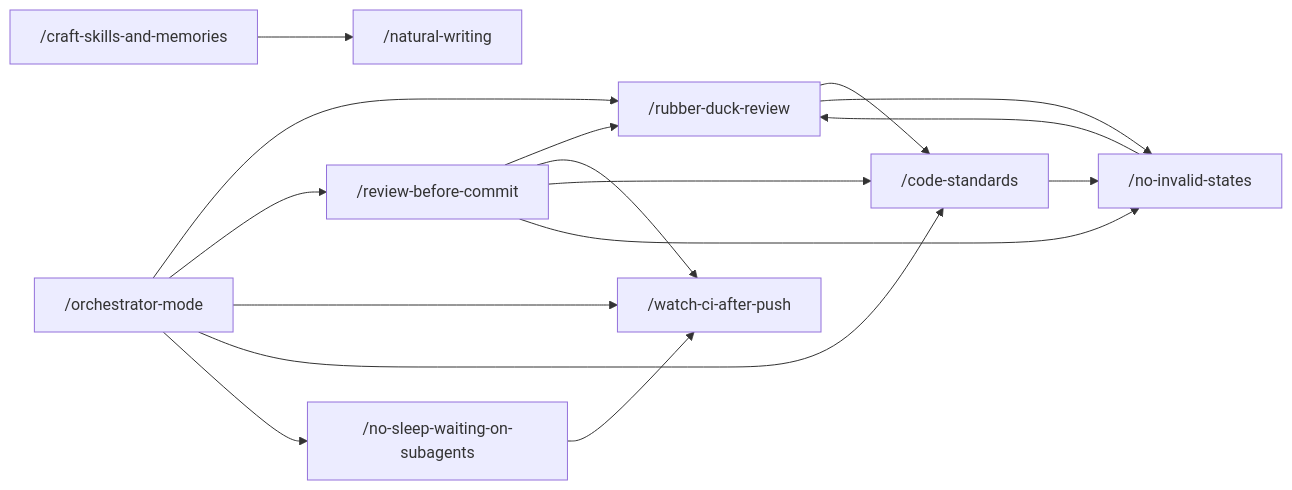
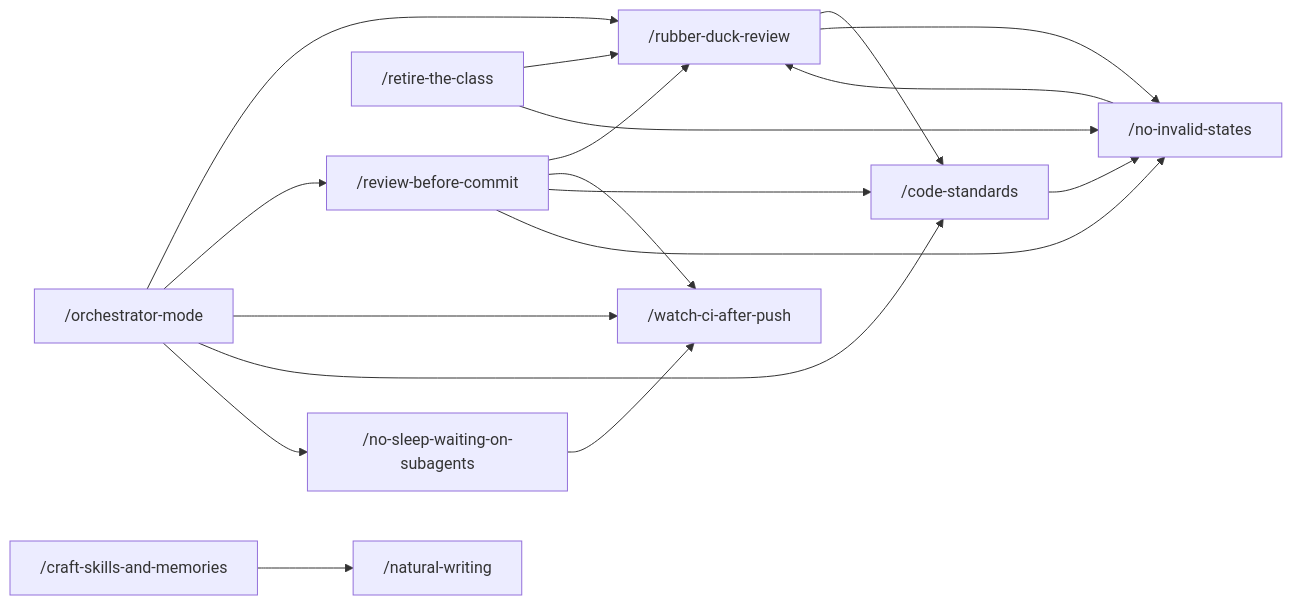
The diagram in README.md (Vivswan/skills), drawn with Mermaid before and after one commit.

Commit message:
fix: add retire-the-class to the README skill graph

````diff
--- a/README.md
+++ b/README.md
@@ -35,18 +35,20 @@
 ```mermaid
 graph LR
   om["/orchestrator-mode"] --> rdr["/rubber-duck-review"]
   om --> rbc["/review-before-commit"]
   om --> wca["/watch-ci-after-push"]
   om --> cs["/code-standards"]
   rbc --> rdr
   rbc --> wca
   rbc --> cs
   rbc --> nis["/no-invalid-states"]
   rdr --> cs
   rdr --> nis
   nis --> rdr
   cs --> nis
+  rtc["/retire-the-class"] --> rdr
+  rtc --> nis
   om --> nsw["/no-sleep-waiting-on-subagents"]
   nsw --> wca
   csm["/craft-skills-and-memories"] --> nw["/natural-writing"]
 ```
````
